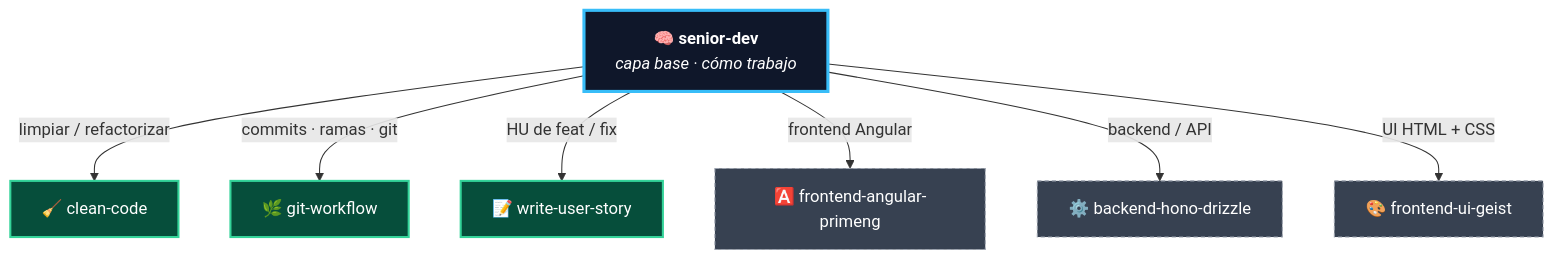
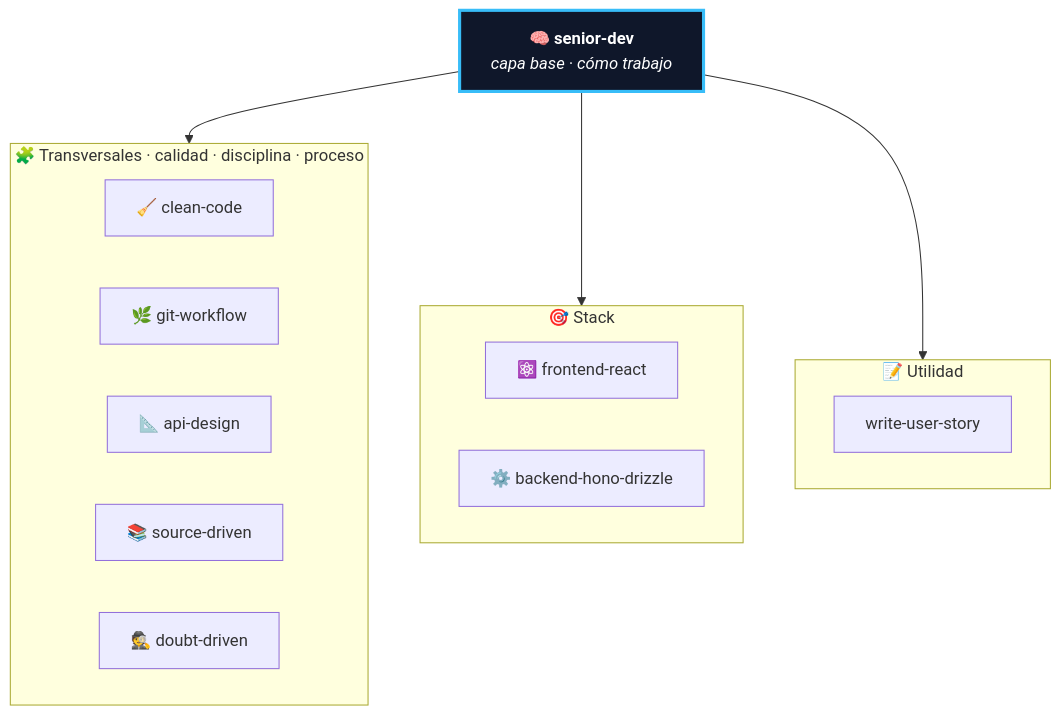
One commit to ErickEcheverria/eecheverria-skills changed the diagram in README.md. Above: the diagram before and after it, drawn with Mermaid. The commit also changed other lines of this file and 10 other files, not shown here.

First line of the commit message:
feat: pivote a React + 4 skills nuevas y colección completa al repo

````diff
--- a/README.md
+++ b/README.md
@@ -20,15 +21,27 @@
 ```mermaid
 flowchart TD
     SD["🧠 <b>senior-dev</b><br/><i>capa base · cómo trabajo</i>"]:::base
 
-    SD -->|"limpiar / refactorizar"| CC["🧹 clean-code"]:::repo
-    SD -->|"commits · ramas · git"| GW["🌿 git-workflow"]:::repo
-    SD -->|"HU de feat / fix"| US["📝 write-user-story"]:::repo
-    SD -->|"frontend Angular"| NG["🅰️ frontend-angular-primeng"]:::local
-    SD -->|"backend / API"| HN["⚙️ backend-hono-drizzle"]:::local
-    SD -->|"UI HTML + CSS"| UI["🎨 frontend-ui-geist"]:::local
+    subgraph T["🧩 Transversales · calidad · disciplina · proceso"]
+        CC["🧹 clean-code"]
+        GW["🌿 git-workflow"]
+        AD["📐 api-design"]
+        SR["📚 source-driven"]
+        DD["🕵️ doubt-driven"]
+    end
+
+    subgraph S["🎯 Stack"]
+        RE["⚛️ frontend-react"]
+        HN["⚙️ backend-hono-drizzle"]
+    end
+
+    subgraph U["📝 Utilidad"]
+        US["write-user-story"]
+    end
+
+    SD --> T
+    SD --> S
+    SD --> U
 
     classDef base fill:#0f172a,stroke:#38bdf8,stroke-width:3px,color:#fff;
-    classDef repo fill:#064e3b,stroke:#34d399,stroke-width:2px,color:#fff;
-    classDef local fill:#374151,stroke:#9ca3af,stroke-width:1px,color:#fff,stroke-dasharray:4 3;
 ```
````
